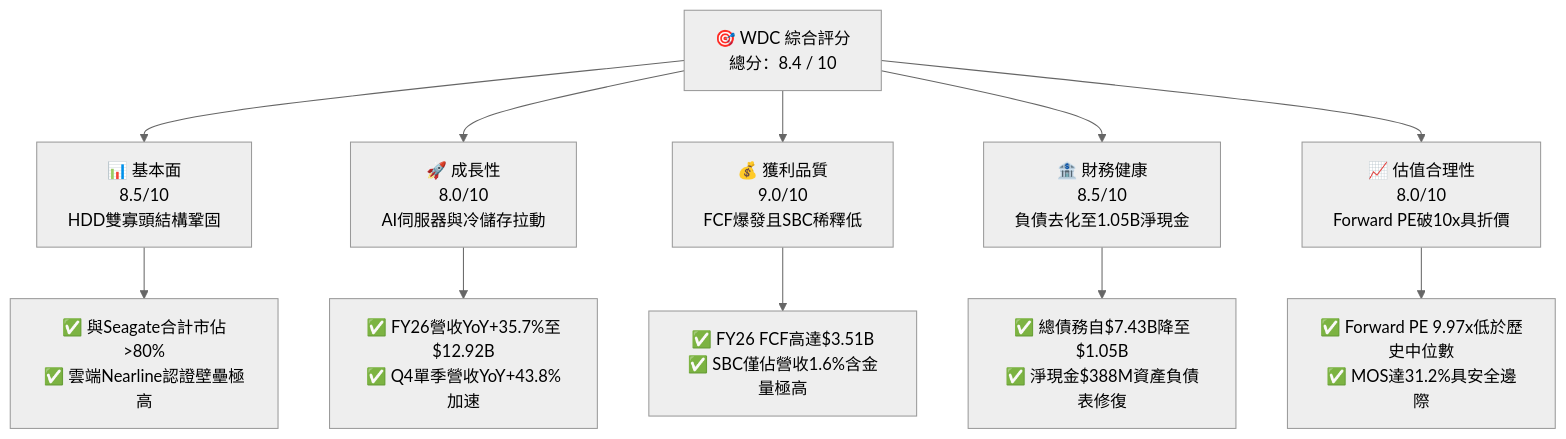
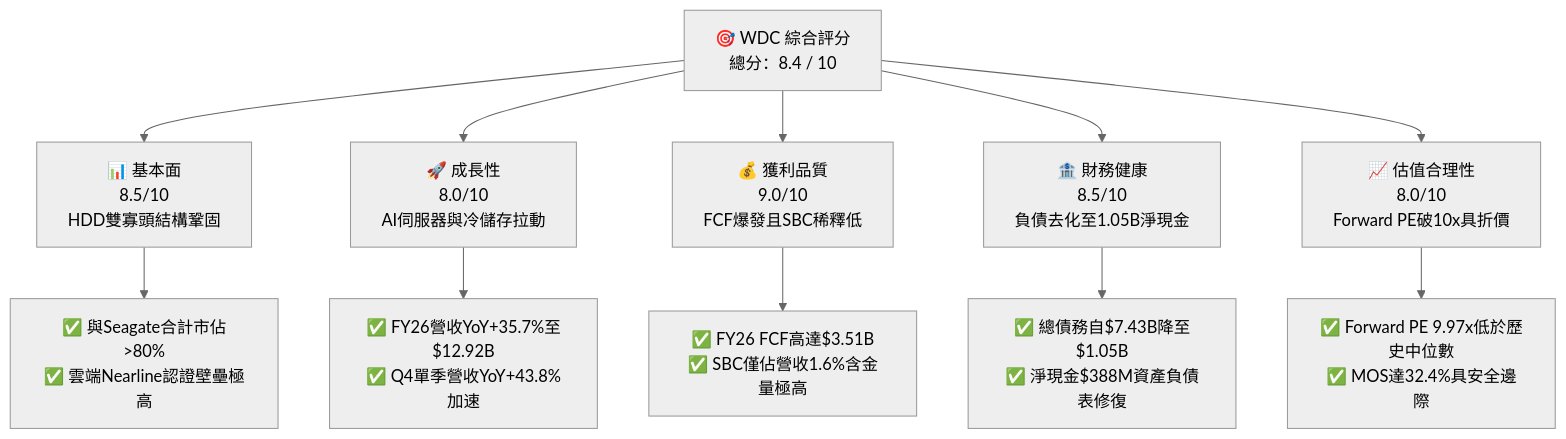
Before and after one commit to yennanliu/finance_data: the first of 15 diagrams in ai_gen_report/fundamental/wdc/fundamental_analysis_2026-10-19_gemini.md, drawn with Mermaid (neutral theme). The commit also changed other lines of this file and 339 other files, not shown here.

````diff
--- a/ai_gen_report/fundamental/wdc/fundamental_analysis_2026-10-19_gemini.md
+++ b/ai_gen_report/fundamental/wdc/fundamental_analysis_2026-10-19_gemini.md
@@ -61,22 +68,22 @@
 ```mermaid
 graph TD
     WDC["🎯 WDC 綜合評分<br/>總分：8.4 / 10"]
 
     F["📊 基本面<br/>8.5/10<br/>HDD雙寡頭結構鞏固"]
     G["🚀 成長性<br/>8.0/10<br/>AI伺服器與冷儲存拉動"]
     P["💰 獲利品質<br/>9.0/10<br/>FCF爆發且SBC稀釋低"]
     B["🏦 財務健康<br/>8.5/10<br/>負債去化至1.05B淨現金"]
     V["📈 估值合理性<br/>8.0/10<br/>Forward PE破10x具折價"]
 
     WDC --> F
     WDC --> G
     WDC --> P
     WDC --> B
     WDC --> V
 
     F --> F1["✅ 與Seagate合計市佔>80%<br/>✅ 雲端Nearline認證壁壘極高"]
     G --> G1["✅ FY26營收YoY+35.7%至$12.92B<br/>✅ Q4單季營收YoY+43.8%加速"]
     P --> P1["✅ FY26 FCF高達$3.51B<br/>✅ SBC僅佔營收1.6%含金量極高"]
     B --> B1["✅ 總債務自$7.43B降至$1.05B<br/>✅ 淨現金$388M資產負債表修復"]
-    V --> V1["✅ Forward PE 9.97x低於歷史中位數<br/>✅ MOS達31.2%具安全邊際"]
+    V --> V1["✅ Forward PE 9.97x低於歷史中位數<br/>✅ MOS達32.4%具安全邊際"]
 ```
````
